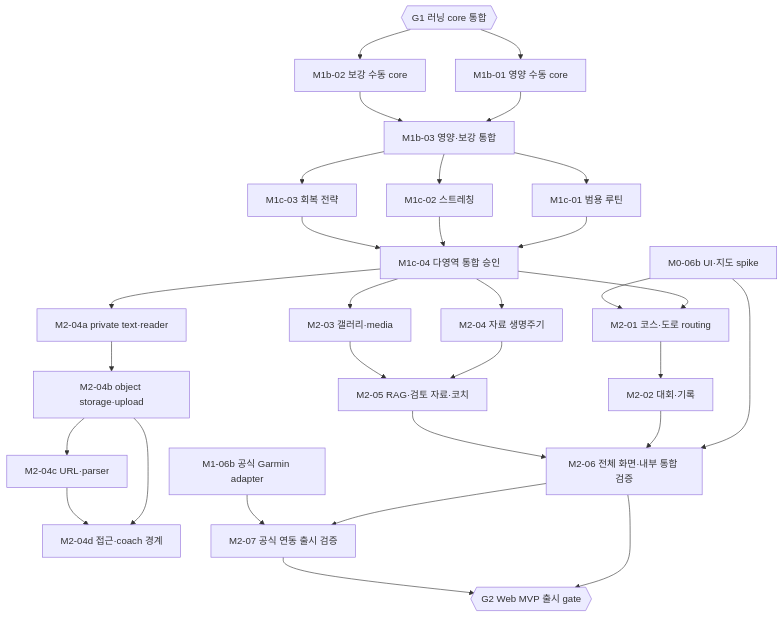
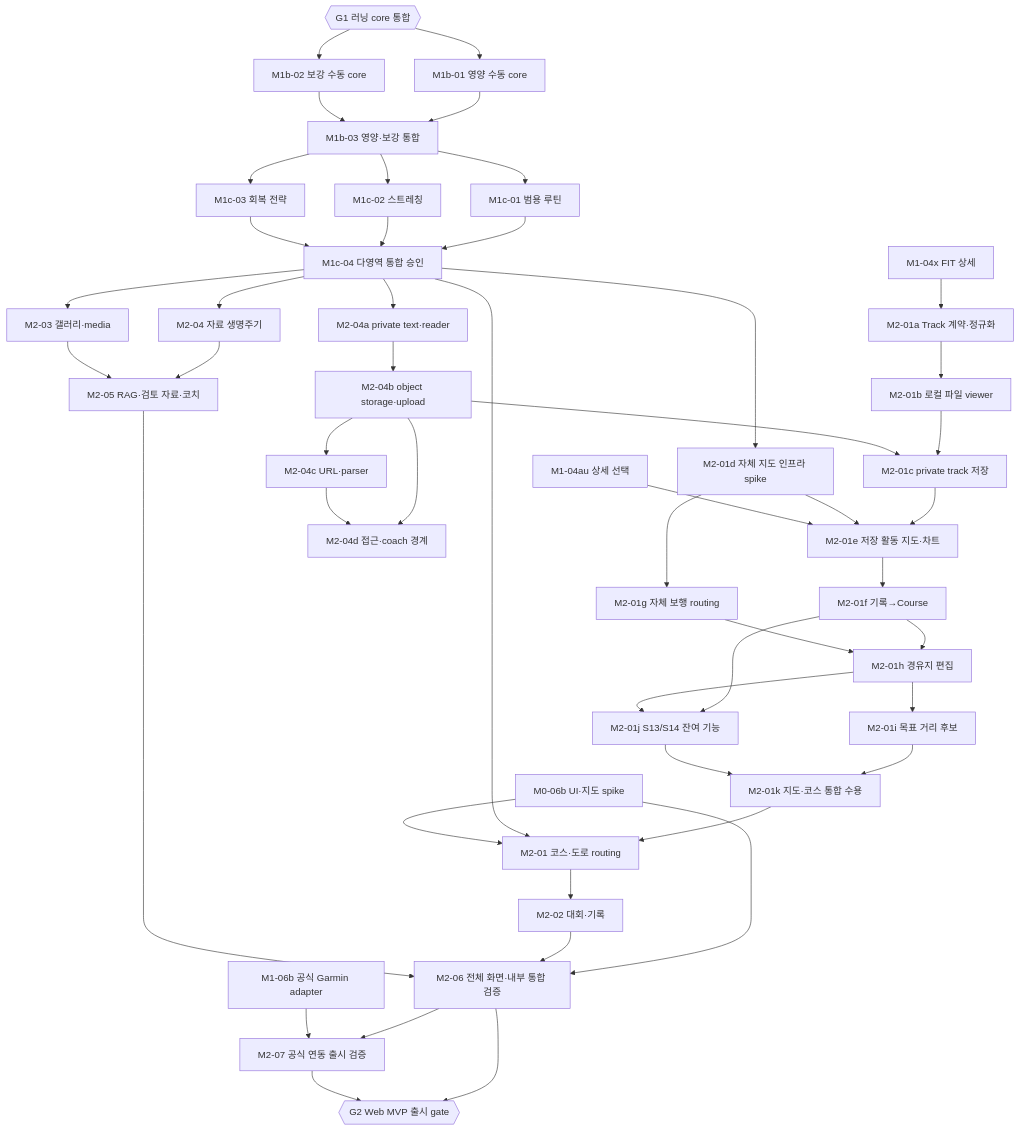
One commit to peacecheejecake/workout-manager changed the second of 3 diagrams in docs/implementation/task-graph.md. Above: the diagram before and after it, drawn with Mermaid. The commit also changed other lines of this file and 6 other files, not shown here.

Commit message:
docs(maps): plan self-hosted viewer and course generation

```diff
--- a/docs/implementation/task-graph.md
+++ b/docs/implementation/task-graph.md
@@ -442,6 +443,35 @@
     task24["M1c-03 회복 전략"]
     task25["M1c-04 다영역 통합 승인"]
     task26["M2-01 코스·도로 routing"]
+    mapa["M2-01a Track 계약·정규화"]
+    mapb["M2-01b 로컬 파일 viewer"]
+    mapc["M2-01c private track 저장"]
+    mapd["M2-01d 자체 지도 인프라 spike"]
+    mape["M2-01e 저장 활동 지도·차트"]
+    mapf["M2-01f 기록→Course"]
+    mapg["M2-01g 자체 보행 routing"]
+    maph["M2-01h 경유지 편집"]
+    mapi["M2-01i 목표 거리 후보"]
+    mapj["M2-01j S13/S14 잔여 기능"]
+    mapk["M2-01k 지도·코스 통합 수용"]
+    mapa --> mapb
+    mapb --> mapc
+    mapc --> mape
+    mapd --> mape
+    mape --> mapf
+    mapd --> mapg
+    mapf --> maph
+    mapg --> maph
+    maph --> mapi
+    mapf --> mapj
+    maph --> mapj
+    mapi --> mapk
+    mapj --> mapk
+    task25 --> mapd
+    trackBase["M1-04x FIT 상세"] --> mapa
+    task29b --> mapc
+    selectionBase["M1-04au 상세 선택"] --> mape
+    mapk --> task26
     task27["M2-02 대회·기록"]
     task28["M2-03 갤러리·media"]
     task29["M2-04 자료 생명주기"]
```
